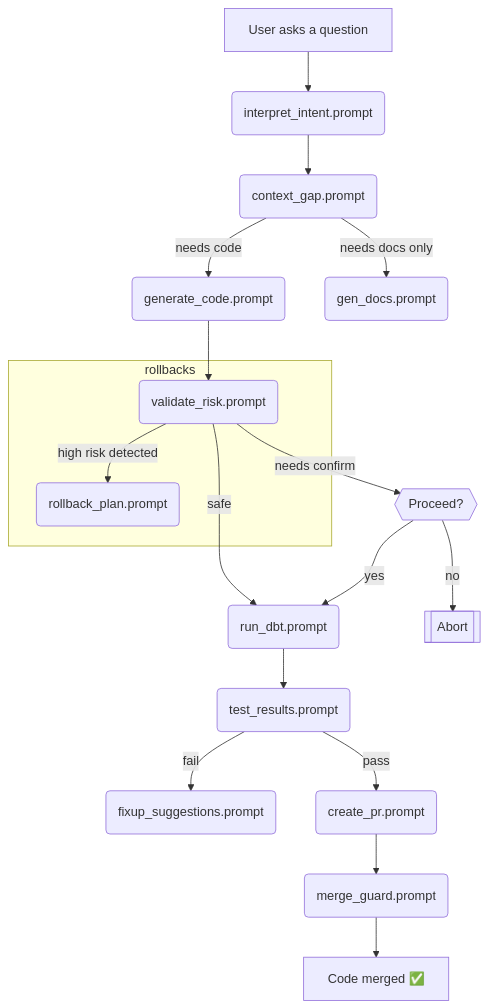
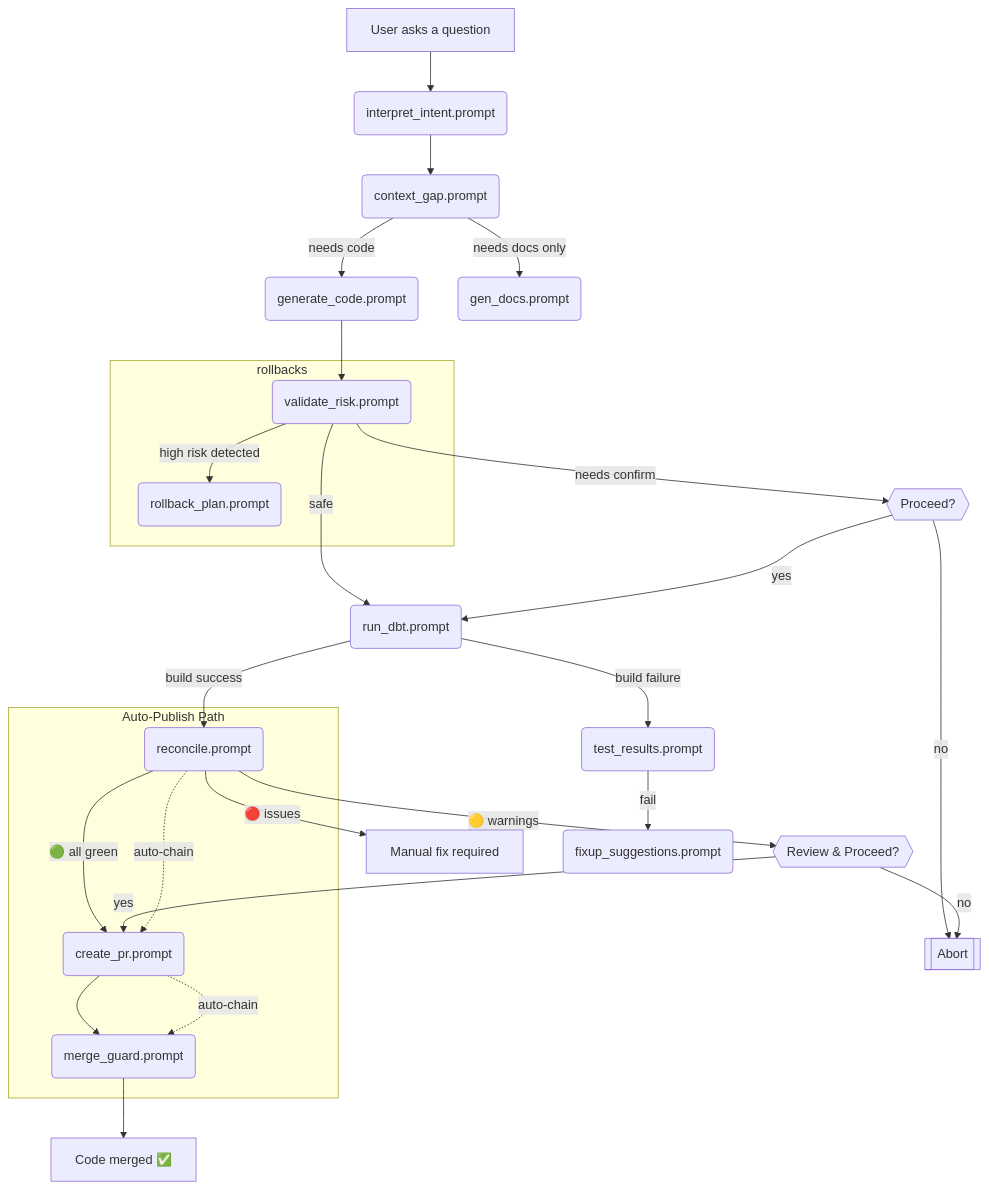
The diagram in README.md (markoniga/llm-prompts-for-dse), drawn with Mermaid before and after one commit. The commit also changed other lines of this file, not shown here.

````diff
--- a/README.md
+++ b/README.md
@@ -70,20 +75,29 @@
 ```mermaid
 flowchart TD
     Q[User asks a question] --> I(interpret_intent.prompt)
     I --> C(context_gap.prompt)
     C -->|needs code| G(generate_code.prompt)
     C -->|needs docs only| D(gen_docs.prompt)
     G --> V(validate_risk.prompt)
     V -->|safe| R(run_dbt.prompt)
     V -->|needs confirm| CF{{"Proceed?"}}
     CF -- yes --> R
     CF -- no --> ABORT[[Abort]]
-    R --> T(test_results.prompt)
+    R -->|build success| RC(reconcile.prompt)
+    RC -->|🟢 all green| PR(create_pr.prompt)
+    RC -->|🟡 warnings| CF2{{"Review & Proceed?"}}
+    RC -->|🔴 issues| FIX[Manual fix required]
+    CF2 -- yes --> PR
+    CF2 -- no --> ABORT
+    R -->|build failure| T(test_results.prompt)
     T -->|fail| FX(fixup_suggestions.prompt)
-    T -->|pass| PR(create_pr.prompt)
     PR --> M(merge_guard.prompt)
     M --> DONE[Code merged ✅]
     subgraph rollbacks
         V -->|high risk detected| RB(rollback_plan.prompt)
     end
+    subgraph "Auto-Publish Path"
+        RC -.->|auto-chain| PR
+        PR -.->|auto-chain| M
+    end
 ```
````
